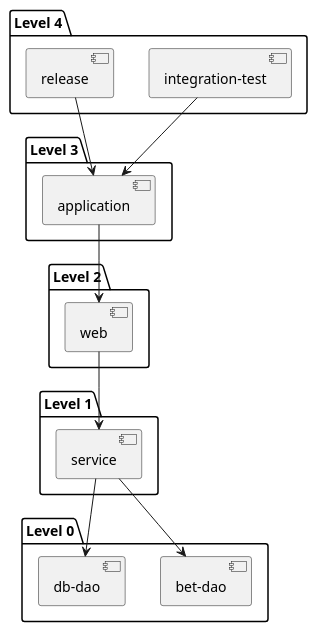
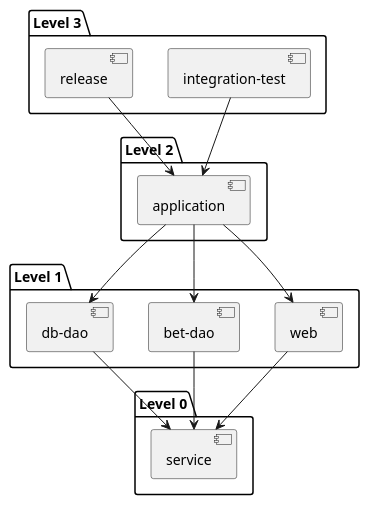
The diagram in plantuml/modular-architecture-lottery-service.pu (ProudProgrammer/smart-tools), drawn with PlantUML before and after one commit. The commit also changed 1 other file, not shown here.

Commit message:
Update modular architecture of Lottery Service

```diff
--- a/plantuml/modular-architecture-lottery-service.pu
+++ b/plantuml/modular-architecture-lottery-service.pu
@@ -1,25 +1,25 @@
 @startuml
 package "Level 0" {
+[service] as service
+}
+package "Level 1" {
+[web] as web
 [bet-dao] as bet_dao
 [db-dao] as db_dao
 }
-package "Level 1" {
-[service] as service
-}
 package "Level 2" {
-[web] as web
+[application] as application
 }
 package "Level 3" {
-[application] as application
-}
-package "Level 4" {
 [integration-test] as integration_test
 [release] as release
 }
-service --> db_dao
-service --> bet_dao
 web --> service
+db_dao --> service
+bet_dao --> service
 application --> web
+application --> db_dao
+application --> bet_dao
 integration_test --> application
 release --> application
 @enduml
```
